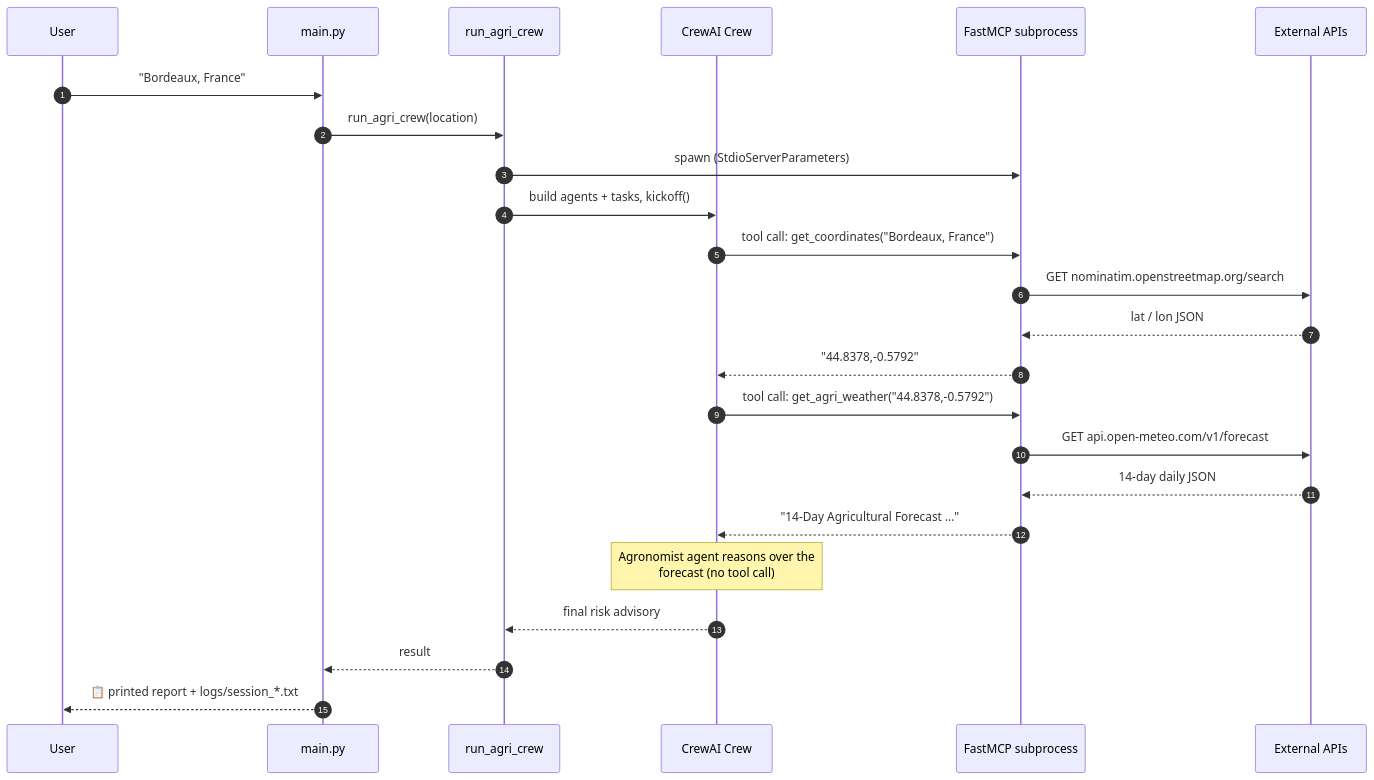
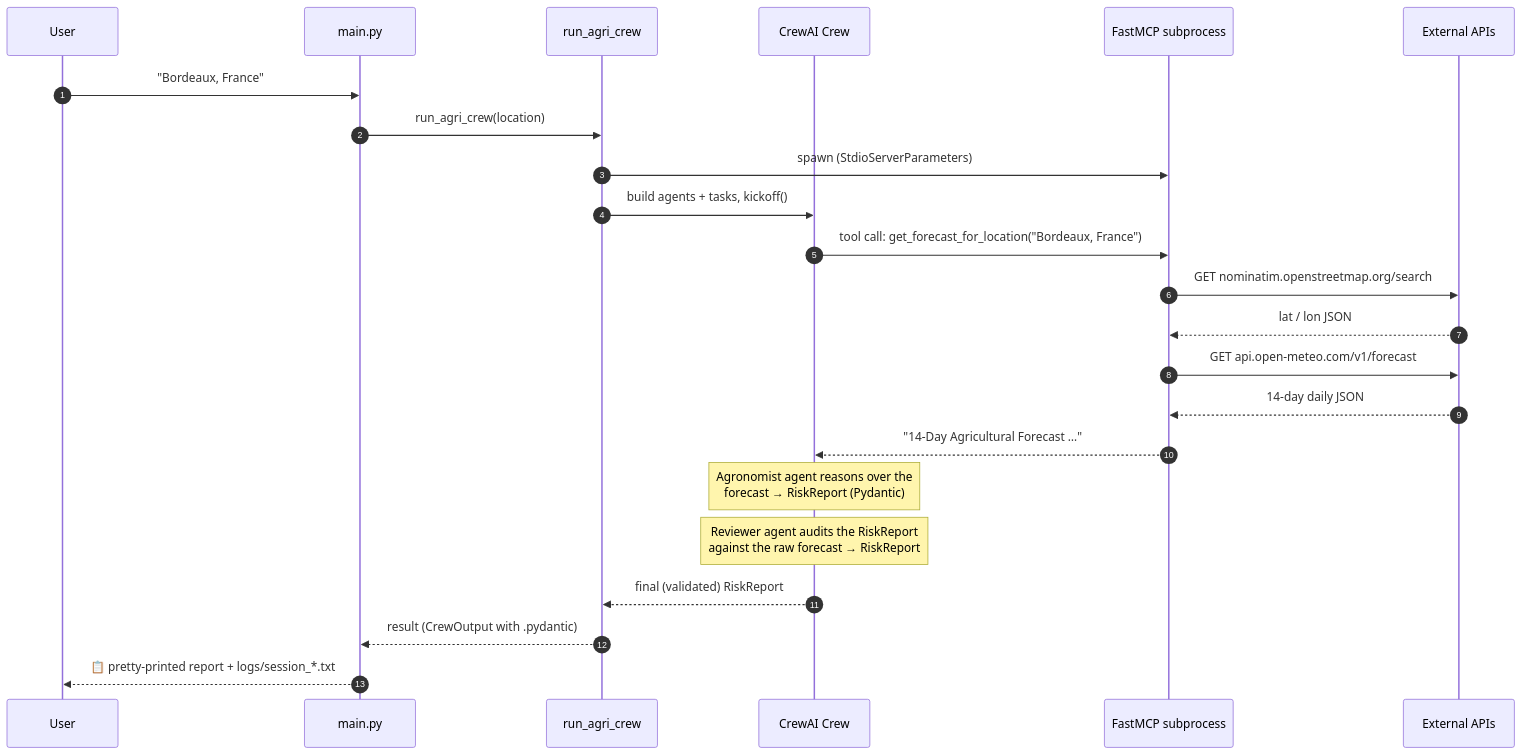
The second of 2 diagrams in README.md (avishekanand18/weatherAgent), drawn with Mermaid before and after one commit. The commit also changed other lines of this file and 5 other files, not shown here.

````diff
--- a/README.md
+++ b/README.md
@@ -175,31 +233,30 @@
 ```mermaid
 sequenceDiagram
     autonumber
     participant U as User
     participant Main as main.py
     participant Agent as run_agri_crew
     participant Crew as CrewAI Crew
     participant MCP as FastMCP subprocess
     participant Ext as External APIs
 
     U->>Main: "Bordeaux, France"
     Main->>Agent: run_agri_crew(location)
     Agent->>MCP: spawn (StdioServerParameters)
     Agent->>Crew: build agents + tasks, kickoff()
 
-    Crew->>MCP: tool call: get_coordinates("Bordeaux, France")
+    Crew->>MCP: tool call: get_forecast_for_location("Bordeaux, France")
     MCP->>Ext: GET nominatim.openstreetmap.org/search
     Ext-->>MCP: lat / lon JSON
-    MCP-->>Crew: "44.8378,-0.5792"
-
-    Crew->>MCP: tool call: get_agri_weather("44.8378,-0.5792")
     MCP->>Ext: GET api.open-meteo.com/v1/forecast
     Ext-->>MCP: 14-day daily JSON
     MCP-->>Crew: "14-Day Agricultural Forecast …"
 
-    Note over Crew: Agronomist agent reasons over the<br/>forecast (no tool call)
+    Note over Crew: Agronomist agent reasons over the<br/>forecast → RiskReport (Pydantic)
 
-    Crew-->>Agent: final risk advisory
-    Agent-->>Main: result
-    Main-->>U: 📋 printed report + logs/session_*.txt
+    Note over Crew: Reviewer agent audits the RiskReport<br/>against the raw forecast → RiskReport
+
+    Crew-->>Agent: final (validated) RiskReport
+    Agent-->>Main: result (CrewOutput with .pydantic)
+    Main-->>U: 📋 pretty-printed report + logs/session_*.txt
 ```
````
